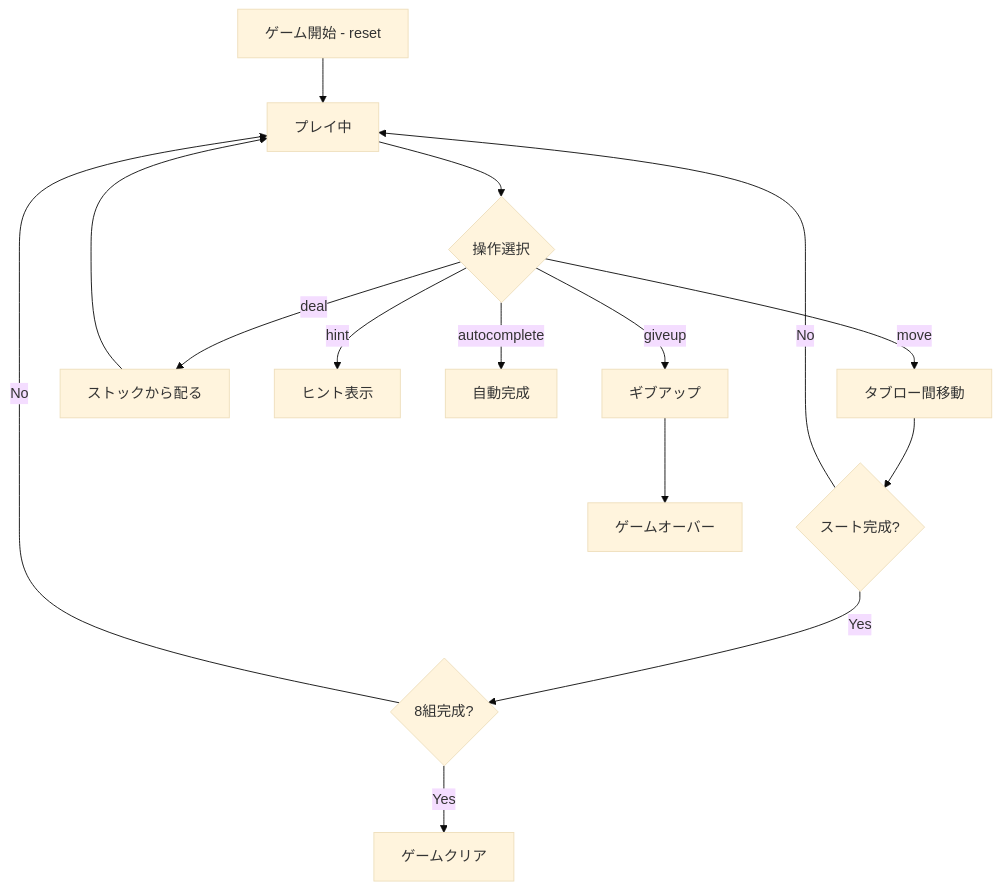
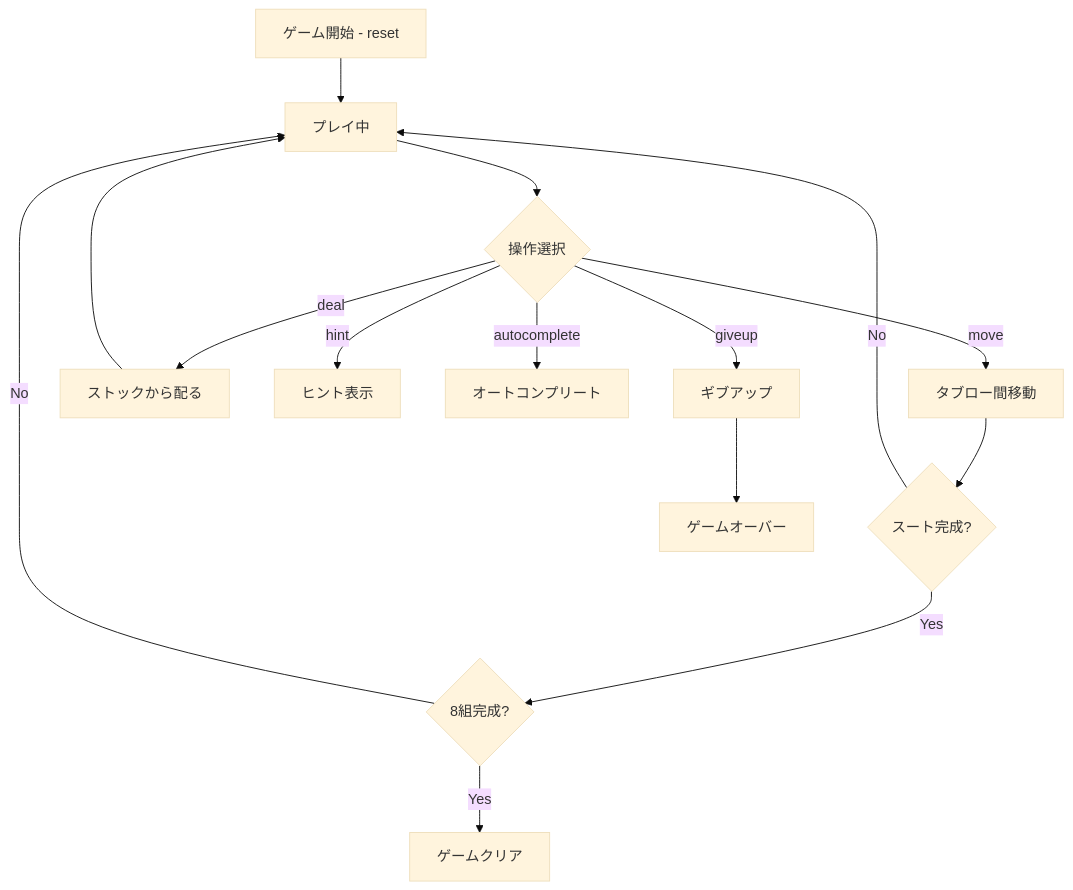
One commit to yuta-yoshinaga/go_trumpcards changed the diagram in docs/manual/cui/spider.md. Above: the diagram before and after it, drawn with Mermaid (base theme). The commit also changed other lines of this file and 115 other files, not shown here.

````diff
--- a/docs/manual/cui/spider.md
+++ b/docs/manual/cui/spider.md
@@ -37,17 +37,17 @@
 ```mermaid
 flowchart TD
     A[ゲーム開始 - reset] --> B[プレイ中]
     B --> C{操作選択}
     C -->|move| D[タブロー間移動]
     C -->|deal| E[ストックから配る]
     C -->|hint| F[ヒント表示]
-    C -->|autocomplete| G[自動完成]
+    C -->|autocomplete| G[オートコンプリート]
     C -->|giveup| H[ギブアップ]
     D --> I{スート完成?}
     I -->|Yes| J{8組完成?}
     I -->|No| B
     J -->|Yes| K[ゲームクリア]
     J -->|No| B
     E --> B
     H --> L[ゲームオーバー]
 ```
````
